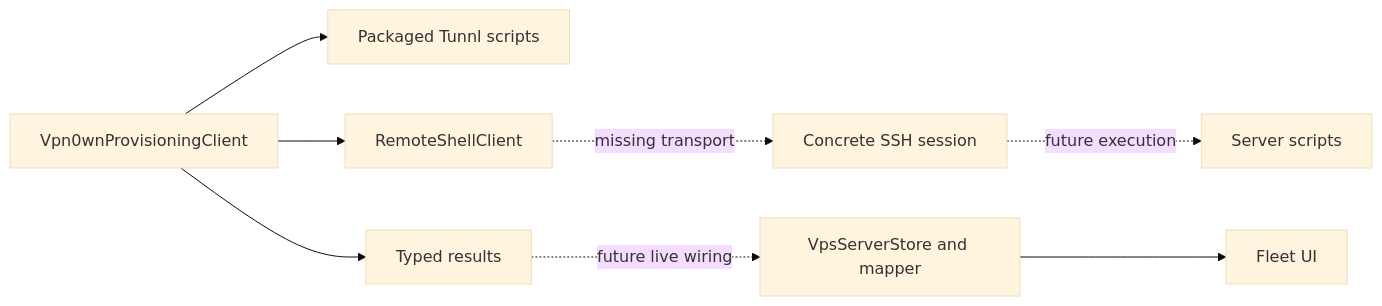
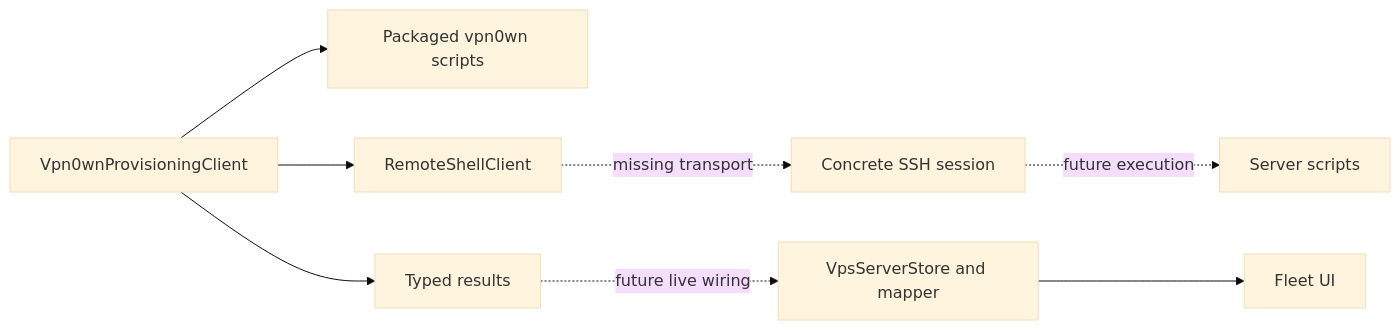
The second of 2 diagrams in docs/architecture.md (novakin/vpn0wn-android), drawn with Mermaid (base theme) before and after one commit. The commit also changed other lines of this file and 24 other files, not shown here.

````diff
--- a/docs/architecture.md
+++ b/docs/architecture.md
@@ -54,10 +54,10 @@
 ```mermaid
 flowchart LR
-    Client[Vpn0wnProvisioningClient] --> Bundle[Packaged Tunnl scripts]
+    Client[Vpn0wnProvisioningClient] --> Bundle[Packaged vpn0wn scripts]
     Client --> Boundary[RemoteShellClient]
     Boundary -. missing transport .-> SSH[Concrete SSH session]
     SSH -. future execution .-> Server[Server scripts]
     Client --> Results[Typed results]
     Results -. future live wiring .-> Fleet[VpsServerStore and mapper]
     Fleet --> Screen[Fleet UI]
 ```
````
